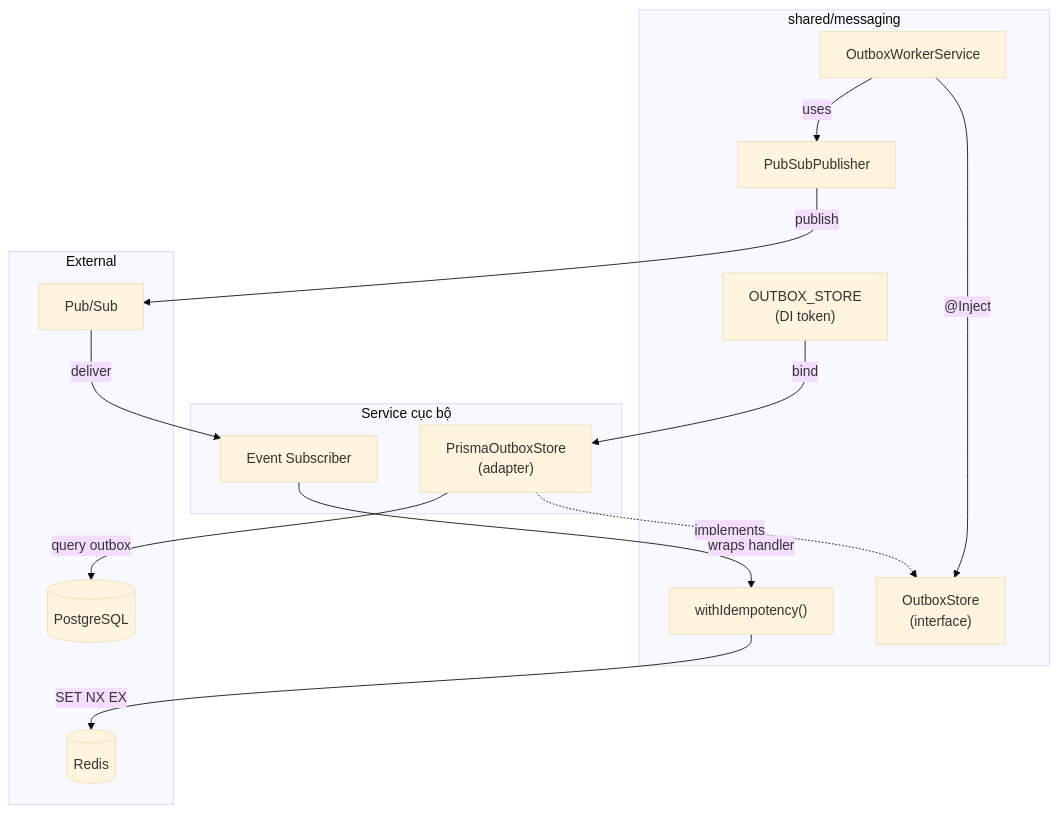
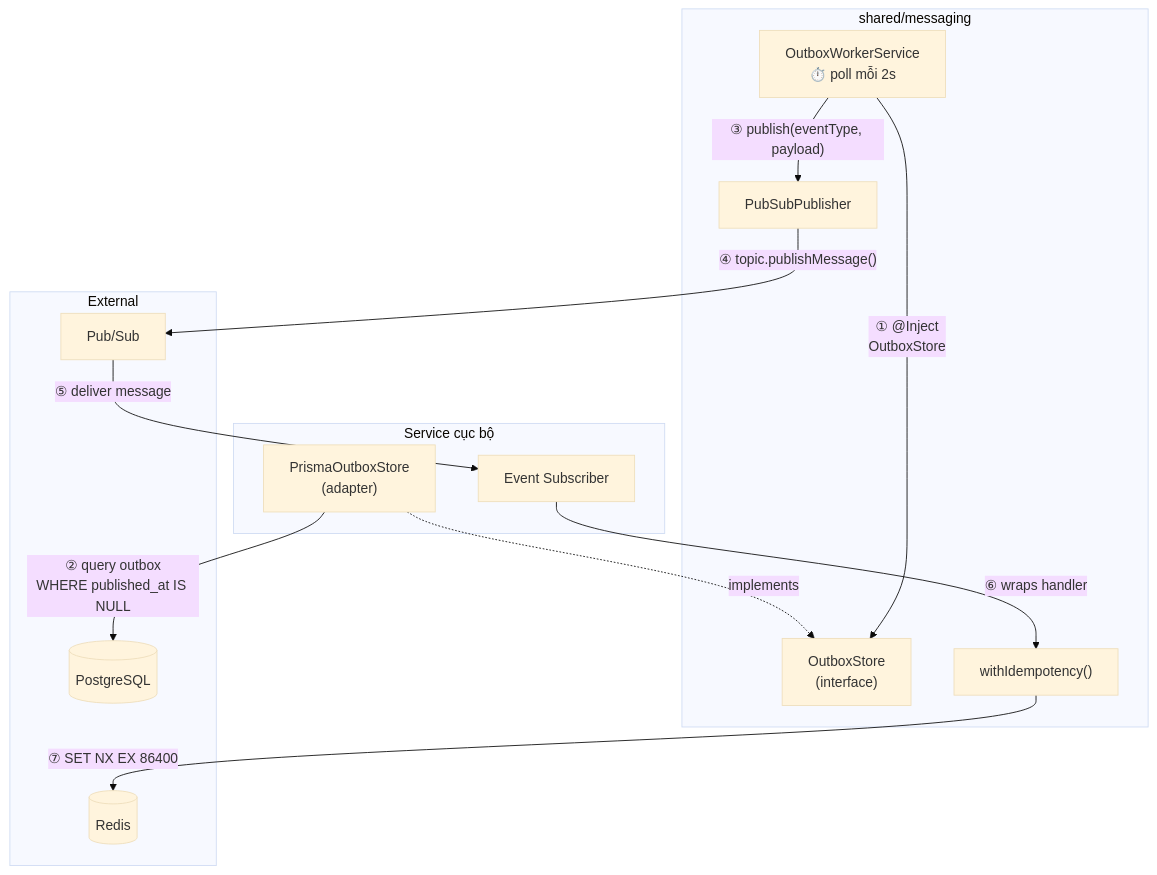
Before and after one commit to ndmthuan97/ERP-Prototype-Example: the seventh of 11 diagrams in docs/architecture/system-overview.md, drawn with Mermaid (base theme). The commit also changed other lines of this file, not shown here.

Commit message:
docs: add system overview documentation including architecture, tech stack, and service communication flows

````diff
--- a/docs/architecture/system-overview.md
+++ b/docs/architecture/system-overview.md
@@ -379,31 +381,29 @@
 ```mermaid
 flowchart TB
     subgraph "shared/messaging"
         OS_IF["OutboxStore\n(interface)"]
-        OS_TK["OUTBOX_STORE\n(DI token)"]
-        OW["OutboxWorkerService"]
+        OW["OutboxWorkerService\n⏱️ poll mỗi 2s"]
         PSP["PubSubPublisher"]
         IDP["withIdempotency()"]
     end
 
     subgraph "Service cục bộ"
         POS["PrismaOutboxStore\n(adapter)"]
         SUB["Event Subscriber"]
     end
 
     subgraph External
         DB[("PostgreSQL")]
         PS["Pub/Sub"]
         RD[("Redis")]
     end
 
-    OS_TK -- "bind" --> POS
     POS -. "implements" .-> OS_IF
-    OW -- "@Inject" --> OS_IF
-    OW -- "uses" --> PSP
-    POS -- "query outbox" --> DB
-    PSP -- "publish" --> PS
-    PS -- "deliver" --> SUB
-    SUB -- "wraps handler" --> IDP
-    IDP -- "SET NX EX" --> RD
+    OW -- "① @Inject\nOutboxStore" --> OS_IF
+    POS -- "② query outbox\nWHERE published_at IS NULL" --> DB
+    OW -- "③ publish(eventType, payload)" --> PSP
+    PSP -- "④ topic.publishMessage()" --> PS
+    PS -- "⑤ deliver message" --> SUB
+    SUB -- "⑥ wraps handler" --> IDP
+    IDP -- "⑦ SET NX EX 86400" --> RD
 ```
````
